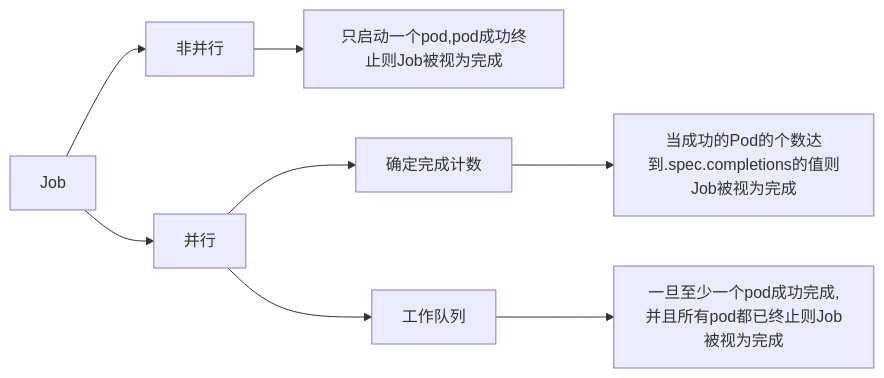
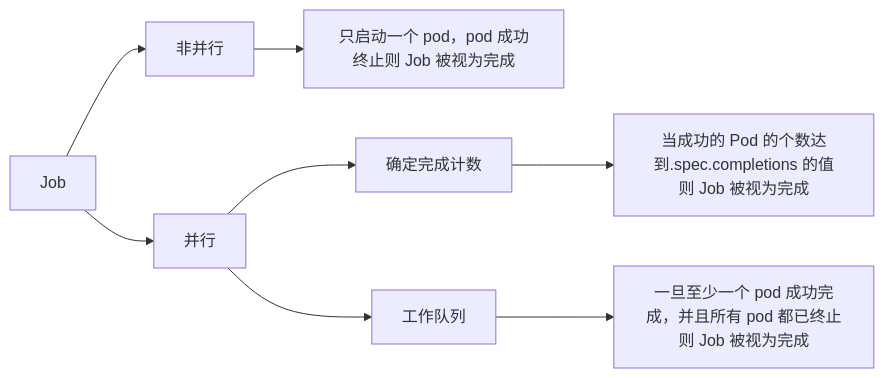
One commit to xiaokexiang/vitepress changed the diagram in docs/container/kubernetes/Job.md. Above: the diagram before and after it, drawn with Mermaid. The commit also changed other lines of this file and 101 other files, not shown here.

````diff
--- a/docs/container/kubernetes/Job.md
+++ b/docs/container/kubernetes/Job.md
@@ -38,10 +41,10 @@
 ```mermaid
 graph LR
 A[Job] --> B[非并行]
 A --> C[并行]
-B --> D[只启动一个pod,pod成功终止则Job被视为完成]
+B --> D[只启动一个 pod，pod 成功终止则 Job 被视为完成]
 C --> E[确定完成计数]
 C --> F[工作队列]
-E --> G[当成功的Pod的个数达到.spec.completions的值则Job被视为完成]
-F --> H[一旦至少一个pod成功完成,并且所有pod都已终止则Job被视为完成]
+E --> G[当成功的 Pod 的个数达到.spec.completions 的值则 Job 被视为完成]
+F --> H[一旦至少一个 pod 成功完成，并且所有 pod 都已终止则 Job 被视为完成]
 ```
````
